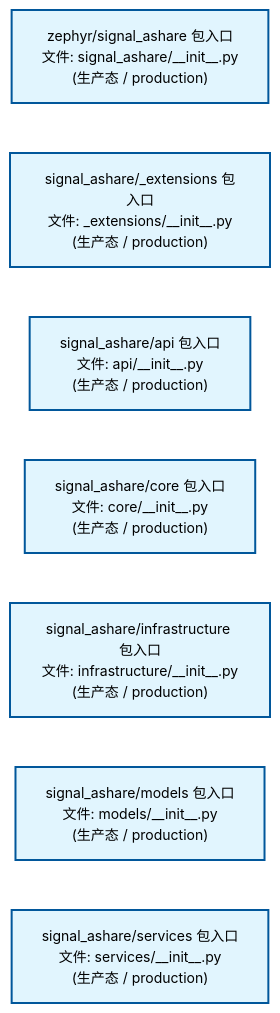
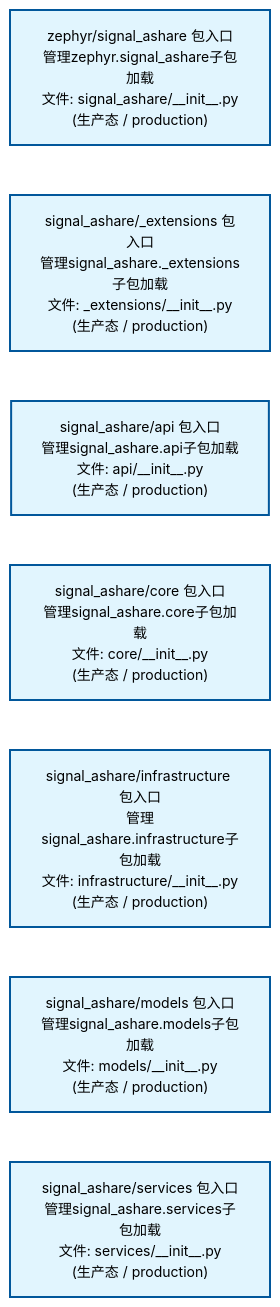
Before and after one commit to xuanFelixVan/ZephyrAlpha: the second of 4 diagrams in docs/02_enterprise_architecture/02_domain_architecture_docs/32_d_ashare_signal.md, drawn with Mermaid. The commit also changed other lines of this file and 61 other files, not shown here.

````diff
--- a/docs/02_enterprise_architecture/02_domain_architecture_docs/32_d_ashare_signal.md
+++ b/docs/02_enterprise_architecture/02_domain_architecture_docs/32_d_ashare_signal.md
@@ -107,22 +110,22 @@
 ```mermaid
 %%{init: {'theme': 'base', 'themeVariables': {'primaryColor': '#eaeaea', 'primaryTextColor': '#333333', 'primaryBorderColor': '#666666', 'lineColor': '#666666', 'secondaryColor': '#eaeaea', 'tertiaryColor': '#eaeaea', 'fontSize': '14px'}}}%%
 flowchart TD
-    src_zephyr_signal_ashare_init_py["zephyr/signal_ashare 包入口<br/>文件: signal_ashare/__init__.py<br/>(生产态 / production)"]
-    src_zephyr_signal_ashare_extensions_init_py["signal_ashare/_extensions 包入口<br/>文件: _extensions/__init__.py<br/>(生产态 / production)"]
-    src_zephyr_signal_ashare_api_init_py["signal_ashare/api 包入口<br/>文件: api/__init__.py<br/>(生产态 / production)"]
-    src_zephyr_signal_ashare_core_init_py["signal_ashare/core 包入口<br/>文件: core/__init__.py<br/>(生产态 / production)"]
-    src_zephyr_signal_ashare_infrastructure_init_py["signal_ashare/infrastructure 包入口<br/>文件: infrastructure/__init__.py<br/>(生产态 / production)"]
-    src_zephyr_signal_ashare_models_init_py["signal_ashare/models 包入口<br/>文件: models/__init__.py<br/>(生产态 / production)"]
-    src_zephyr_signal_ashare_services_init_py["signal_ashare/services 包入口<br/>文件: services/__init__.py<br/>(生产态 / production)"]
+    src_zephyr_signal_ashare_init_py["zephyr/signal_ashare 包入口<br/>管理zephyr.signal_ashare子包加载<br/>文件: signal_ashare/__init__.py<br/>(生产态 / production)"]
+    src_zephyr_signal_ashare_extensions_init_py["signal_ashare/_extensions 包入口<br/>管理signal_ashare._extensions子包加载<br/>文件: _extensions/__init__.py<br/>(生产态 / production)"]
+    src_zephyr_signal_ashare_api_init_py["signal_ashare/api 包入口<br/>管理signal_ashare.api子包加载<br/>文件: api/__init__.py<br/>(生产态 / production)"]
+    src_zephyr_signal_ashare_core_init_py["signal_ashare/core 包入口<br/>管理signal_ashare.core子包加载<br/>文件: core/__init__.py<br/>(生产态 / production)"]
+    src_zephyr_signal_ashare_infrastructure_init_py["signal_ashare/infrastructure 包入口<br/>管理signal_ashare.infrastructure子包加载<br/>文件: infrastructure/__init__.py<br/>(生产态 / production)"]
+    src_zephyr_signal_ashare_models_init_py["signal_ashare/models 包入口<br/>管理signal_ashare.models子包加载<br/>文件: models/__init__.py<br/>(生产态 / production)"]
+    src_zephyr_signal_ashare_services_init_py["signal_ashare/services 包入口<br/>管理signal_ashare.services子包加载<br/>文件: services/__init__.py<br/>(生产态 / production)"]
     src_zephyr_signal_ashare_init_py ~~~ src_zephyr_signal_ashare_extensions_init_py
     src_zephyr_signal_ashare_extensions_init_py ~~~ src_zephyr_signal_ashare_api_init_py
     src_zephyr_signal_ashare_api_init_py ~~~ src_zephyr_signal_ashare_core_init_py
     src_zephyr_signal_ashare_core_init_py ~~~ src_zephyr_signal_ashare_infrastructure_init_py
     src_zephyr_signal_ashare_infrastructure_init_py ~~~ src_zephyr_signal_ashare_models_init_py
     src_zephyr_signal_ashare_models_init_py ~~~ src_zephyr_signal_ashare_services_init_py
     classDef production fill:#e1f5fe,stroke:#01579b,stroke-width:2px,color:#000
     classDef design fill:#fff3e0,stroke:#e65100,stroke-width:2px,color:#000,stroke-dasharray: 5 5
     classDef external_prod fill:#e8f4fd,stroke:#0277bd,stroke-width:1px,color:#000
     classDef external_design fill:#fff8e7,stroke:#ef6c00,stroke-width:1px,color:#000,stroke-dasharray: 5 5
     class src_zephyr_signal_ashare_init_py,src_zephyr_signal_ashare_extensions_init_py,src_zephyr_signal_ashare_api_init_py,src_zephyr_signal_ashare_core_init_py,src_zephyr_signal_ashare_infrastructure_init_py,src_zephyr_signal_ashare_models_init_py,src_zephyr_signal_ashare_services_init_py production
 ```
````
